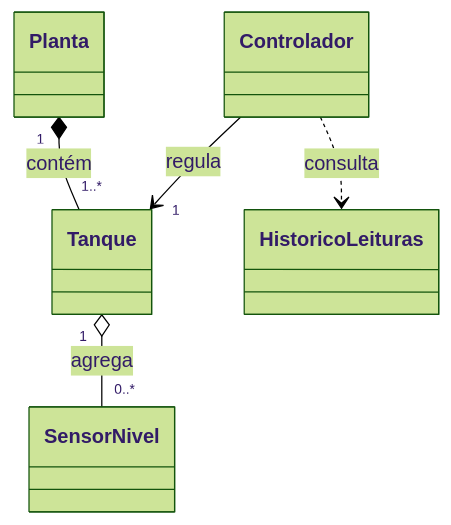
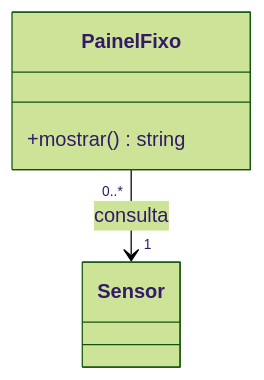
Before and after one commit to rafaelrezo/curso-poo: the fourth of 7 diagrams in docs/modelagem_analise_codigo/index.md, drawn with Mermaid (forest theme). The commit also changed other lines of this file and 56 other files, not shown here.

````diff
--- a/docs/modelagem_analise_codigo/index.md
+++ b/docs/modelagem_analise_codigo/index.md
@@ -152,13 +137,8 @@
-``` mermaid
+```mermaid
 classDiagram
-    class Planta
-    class Tanque
-    class SensorNivel
-    class Controlador
-    class HistoricoLeituras
-
-    Planta "1" *-- "1..*" Tanque : contém
-    Tanque "1" o-- "0..*" SensorNivel : agrega
-    Controlador --> "1" Tanque : regula
-    Controlador ..> HistoricoLeituras : consulta
+    class PainelFixo {
+        +mostrar() string
+    }
+    class Sensor
+    PainelFixo "0..*" --> "1" Sensor : consulta
 ```
````
